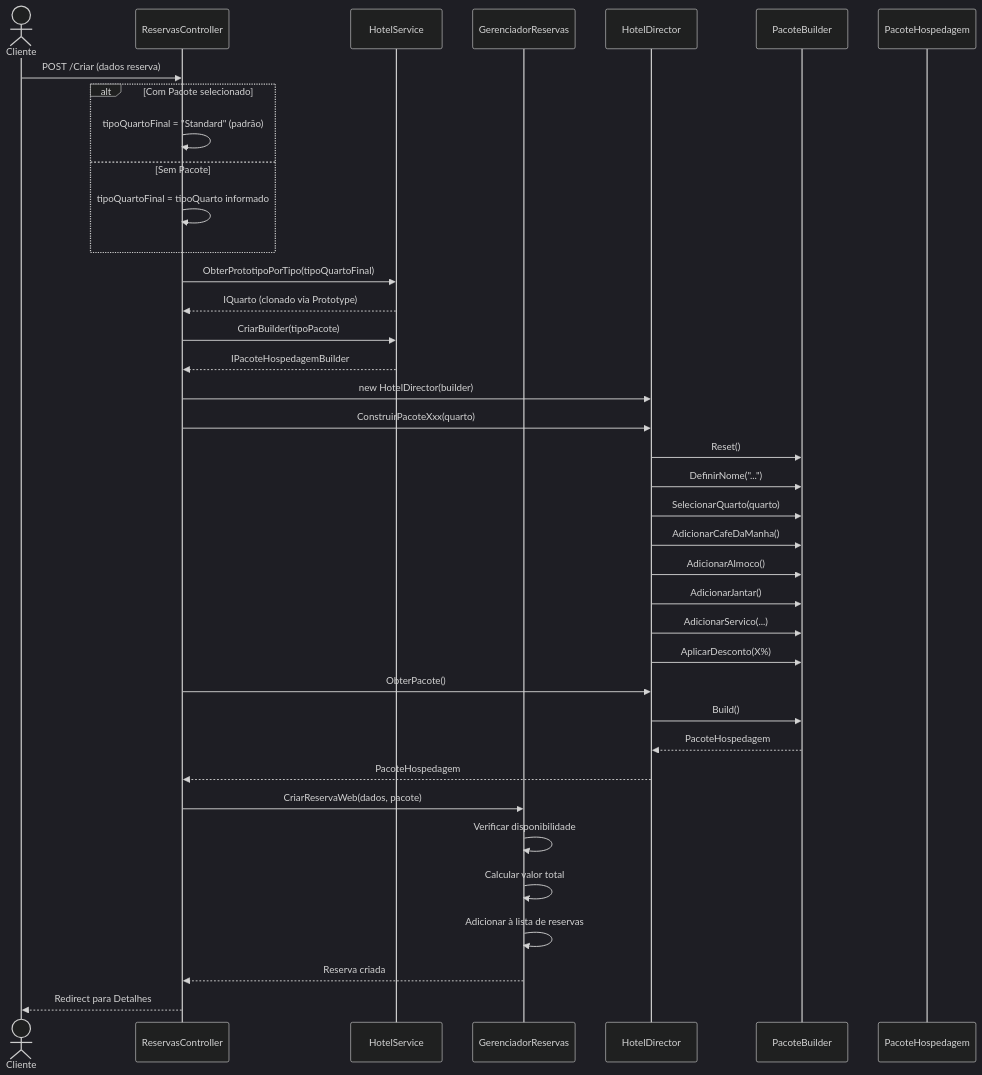
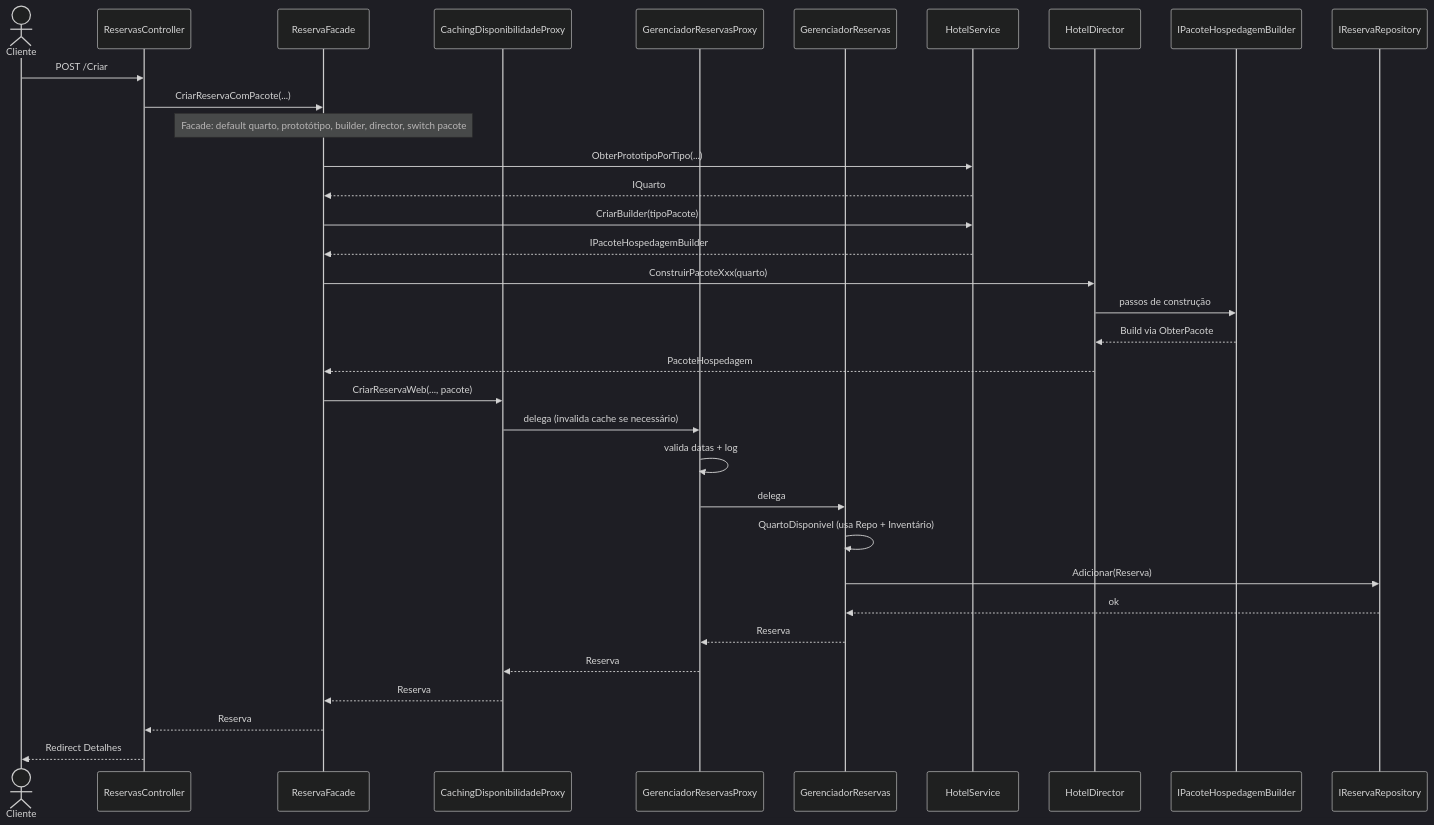
The sixth of 8 diagrams in diagrams.mermaid (AndreUSDrei/Hotelaria2.0), drawn with Mermaid (dark theme) before and after one commit. The commit also changed other lines of this file and 20 other files, not shown here.

Commit message:
novos padrões de projeto, facade, adapter proxy

````diff
--- a/diagrams.mermaid
+++ b/diagrams.mermaid
@@ -255,49 +590,43 @@
 ```mermaid
 sequenceDiagram
     actor Cliente
     participant RC as ReservasController
+    participant F as ReservaFacade
+    participant CP as CachingDisponibilidadeProxy
+    participant VP as GerenciadorReservasProxy
+    participant G as GerenciadorReservas
     participant HS as HotelService
-    participant G as GerenciadorReservas
     participant HD as HotelDirector
-    participant PB as PacoteBuilder
-    participant P as PacoteHospedagem
+    participant PB as IPacoteHospedagemBuilder
+    participant Repo as IReservaRepository
 
-    Cliente->>RC: POST /Criar (dados reserva)
-    
-    alt Com Pacote selecionado
-        RC->>RC: tipoQuartoFinal = "Standard" (padrão)
-    else Sem Pacote
-        RC->>RC: tipoQuartoFinal = tipoQuarto informado
-    end
-    
-    RC->>HS: ObterPrototipoPorTipo(tipoQuartoFinal)
-    HS-->>RC: IQuarto (clonado via Prototype)
-    
-    RC->>HS: CriarBuilder(tipoPacote)
-    HS-->>RC: IPacoteHospedagemBuilder
-    
-    RC->>HD: new HotelDirector(builder)
-    RC->>HD: ConstruirPacoteXxx(quarto)
-    
-    HD->>PB: Reset()
-    HD->>PB: DefinirNome("...")
-    HD->>PB: SelecionarQuarto(quarto)
-    HD->>PB: AdicionarCafeDaManha()
-    HD->>PB: AdicionarAlmoco()
-    HD->>PB: AdicionarJantar()
-    HD->>PB: AdicionarServico(...)
-    HD->>PB: AplicarDesconto(X%)
-    
-    RC->>HD: ObterPacote()
-    HD->>PB: Build()
-    PB-->>HD: PacoteHospedagem
-    HD-->>RC: PacoteHospedagem
-    
-    RC->>G: CriarReservaWeb(dados, pacote)
-    G->>G: Verificar disponibilidade
-    G->>G: Calcular valor total
-    G->>G: Adicionar à lista de reservas
-    G-->>RC: Reserva criada
-    
-    RC-->>Cliente: Redirect para Detalhes
+    Cliente->>RC: POST /Criar
+
+    RC->>F: CriarReservaComPacote(...)
+
+    Note over F: Facade: default quarto, prototótipo, builder, director, switch pacote
+
+    F->>HS: ObterPrototipoPorTipo(...)
+    HS-->>F: IQuarto
+    F->>HS: CriarBuilder(tipoPacote)
+    HS-->>F: IPacoteHospedagemBuilder
+    F->>HD: ConstruirPacoteXxx(quarto)
+    HD->>PB: passos de construção
+    PB-->>HD: Build via ObterPacote
+    HD-->>F: PacoteHospedagem
+
+    F->>CP: CriarReservaWeb(..., pacote)
+
+    CP->>VP: delega (invalida cache se necessário)
+    VP->>VP: valida datas + log
+    VP->>G: delega
+
+    G->>G: QuartoDisponivel (usa Repo + Inventário)
+    G->>Repo: Adicionar(Reserva)
+    Repo-->>G: ok
+    G-->>VP: Reserva
+    VP-->>CP: Reserva
+    CP-->>F: Reserva
+    F-->>RC: Reserva
+    RC-->>Cliente: Redirect Detalhes
 ```
````
